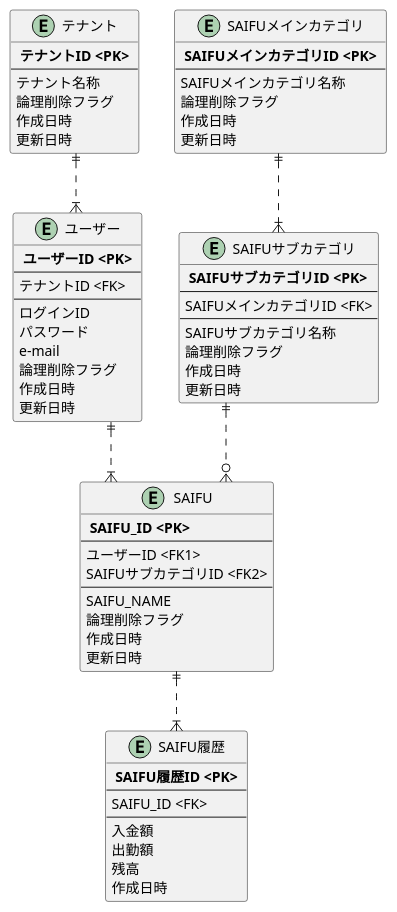
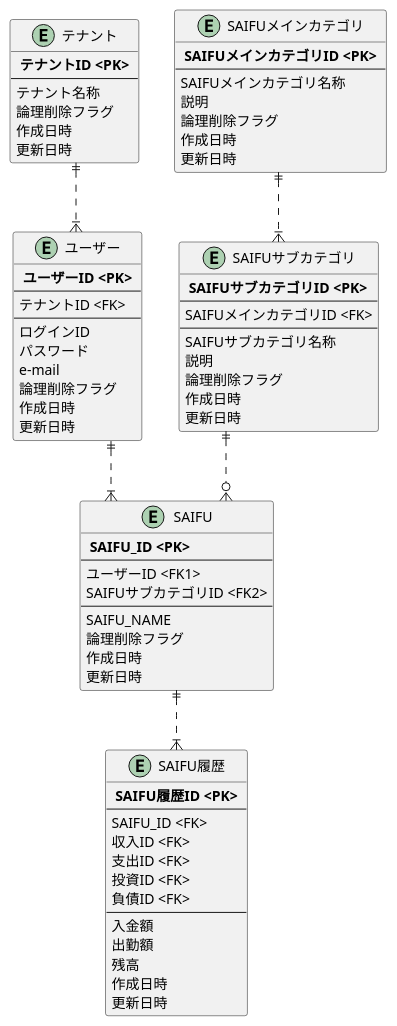
Before and after one commit to JojiKoike/saifu-docs: the diagram in design/ER_Logical_saifu.wsd, drawn with PlantUML.

Commit message:
説明カラム追加、FKのエントリー追加

```diff
--- a/design/ER_Logical_saifu.wsd
+++ b/design/ER_Logical_saifu.wsd
@@ -1,82 +1,89 @@
 @startuml ER_Concept
 skinparam linetype ortho
 
 ' Entity
 entity "テナント" as tenant {
   ** テナントID <PK> **
   --
   テナント名称
   論理削除フラグ
   作成日時
   更新日時
 }
 
 entity "ユーザー" as user {
   ** ユーザーID <PK> **
   --
   テナントID <FK>
   --
   ログインID
   パスワード
   e-mail
   論理削除フラグ
   作成日時
   更新日時
 }
 
 entity "SAIFU" as saifu {
   ** SAIFU_ID <PK> **
   --
   ユーザーID <FK1>
   SAIFUサブカテゴリID <FK2>
   --
   SAIFU_NAME
   論理削除フラグ
   作成日時
   更新日時
 }
 
 entity "SAIFUメインカテゴリ" as saifuCategoryMain {
   ** SAIFUメインカテゴリID <PK> **
   --
   SAIFUメインカテゴリ名称
+  説明
   論理削除フラグ
   作成日時
   更新日時
 }
 
 entity "SAIFUサブカテゴリ" as saifuCategorySub {
   ** SAIFUサブカテゴリID <PK> **
   --
   SAIFUメインカテゴリID <FK>
   --
   SAIFUサブカテゴリ名称
+  説明
   論理削除フラグ
   作成日時
   更新日時
 }
 
 entity "SAIFU履歴" as saifuHistory {
   ** SAIFU履歴ID <PK> **
   --
   SAIFU_ID <FK>
+  収入ID <FK>
+  支出ID <FK>
+  投資ID <FK>
+  負債ID <FK>
   --
   入金額
   出勤額
   残高
   作成日時
+  更新日時
 }
 
 
 ' Relation
 
 ' Account
 tenant ||..|{user
 
 ' SAIFU
 user ||..|{saifu
 saifu ||..|{saifuHistory
 saifuCategoryMain ||..|{saifuCategorySub
 saifuCategorySub ||..o{saifu
 
 @enduml
```
